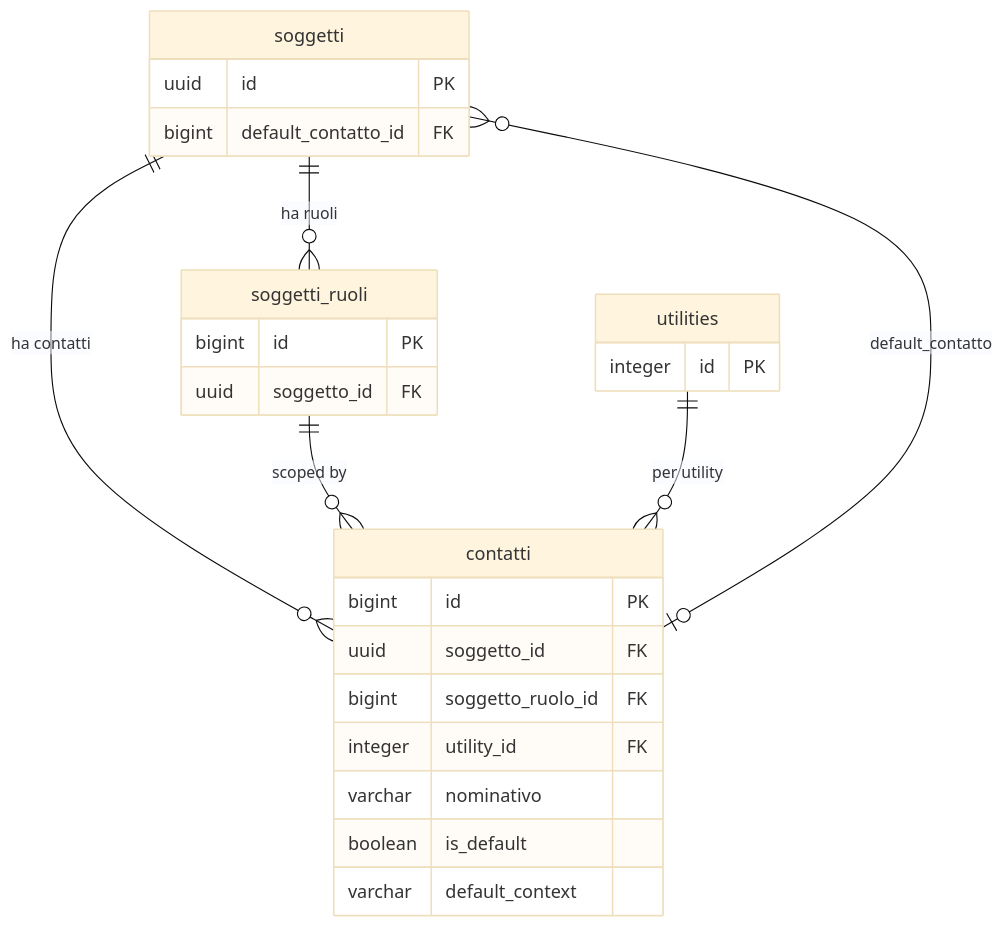
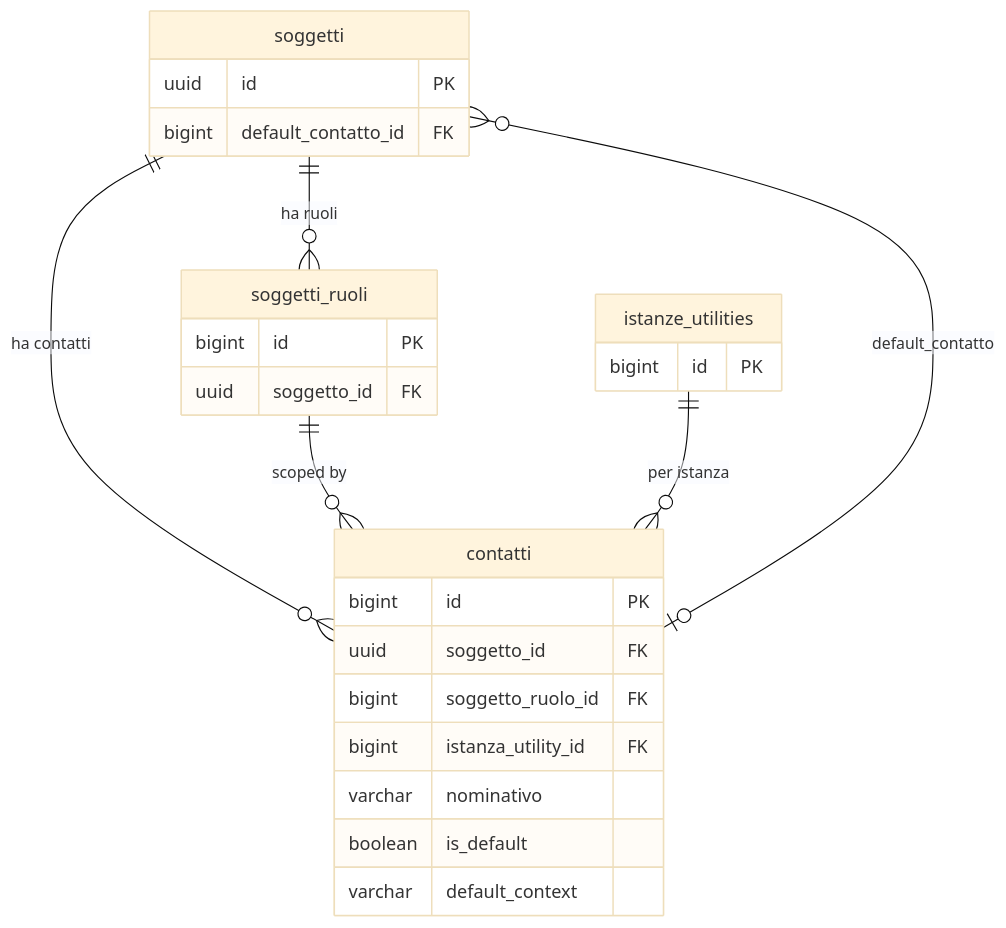
The first of 2 diagrams in docs/it/guide/gestione-dei-contatti.md (Tito-it/ZeroErp), drawn with Mermaid (base theme) before and after one commit. The commit also changed other lines of this file and 25 other files, not shown here.

Commit message:
Refactor istanze indirizzi contatti come da documento

````diff
--- a/docs/it/guide/gestione-dei-contatti.md
+++ b/docs/it/guide/gestione-dei-contatti.md
@@ -373,32 +375,32 @@
 ```mermaid
 erDiagram
     soggetti {
         uuid id PK
         bigint default_contatto_id FK
     }
 
     soggetti_ruoli {
         bigint id PK
         uuid soggetto_id FK
     }
 
     contatti {
         bigint id PK
         uuid soggetto_id FK
         bigint soggetto_ruolo_id FK
-        integer utility_id FK
+        bigint istanza_utility_id FK
         varchar nominativo
         boolean is_default
         varchar default_context
     }
 
-    utilities {
-        integer id PK
+    istanze_utilities {
+        bigint id PK
     }
 
     soggetti ||--o{ contatti : "ha contatti"
     soggetti ||--o{ soggetti_ruoli : "ha ruoli"
     soggetti_ruoli ||--o{ contatti : "scoped by"
-    utilities ||--o{ contatti : "per utility"
+    istanze_utilities ||--o{ contatti : "per istanza"
     soggetti }o--o| contatti : "default_contatto"
 ```
````
